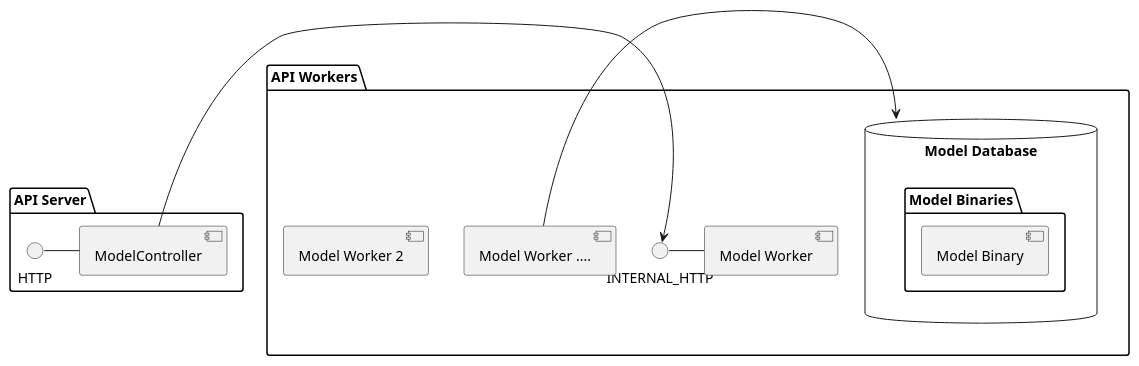
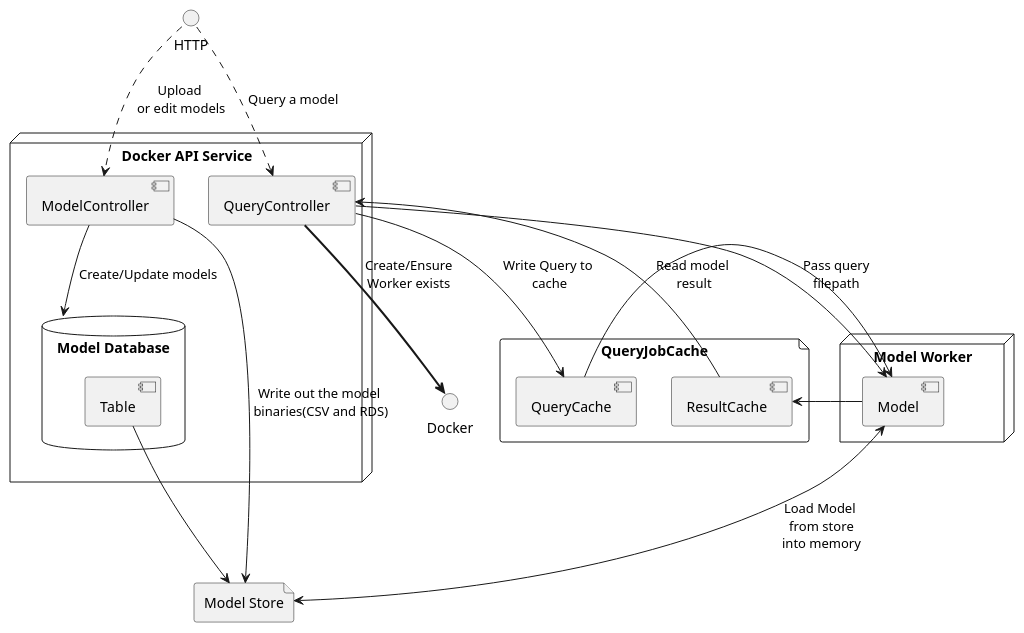
Before and after one commit to microsoft/FluMapModel: the diagram in api_service/docs_src/design.puml, drawn with PlantUML. The commit also changed 30 other files, not shown here.

```diff
--- a/api_service/docs_src/design.puml
+++ b/api_service/docs_src/design.puml
@@ -1,17 +1,36 @@
-package "API Server" {
-    HTTP - [ModelController]
+@startuml
+
+() "Docker"
+() HTTP
+
+file "QueryJobCache" {
+   [QueryCache]
+   [ResultCache]
 }
 
-package "API Workers" {
-    INTERNAL_HTTP - [Model Worker]
-    [Model Worker 2]
-    [Model Worker ....]
-    [ModelController] -> INTERNAL_HTTP
-    [Model Worker ....] -> [Model Database]
+file "Model Store"
+
+
+node "Model Worker" {
+    [Model] <--> [Model Store] : Load Model \nfrom store\ninto memory
+    [QueryCache] --> [Model]
+    [Model] --> [ResultCache]
+
+}
+
+
+node "Docker API Service" {
+    HTTP ..> [ModelController] : Upload \nor edit models
+    HTTP ..> [QueryController] : Query a model
+    [QueryController] ==> [Docker] : Create/Ensure\nWorker exists
+    [QueryController] --> [QueryCache] : Write Query to \ncache
+    [QueryController] --> [Model] : Pass query\nfilepath
+    [QueryController] <-- [ResultCache] : Read model \nresult
+    [ModelController] ---> [Model Store] : Write out the model\n binaries(CSV and RDS)
+    [ModelController] --> [Model Database] : Create/Update models
 }
 
 database "Model Database" {
-    folder "Model Binaries" {
-	    [Model Binary]
-  }
+    [Table] --> [Model Store]
 }
+@enduml
```
